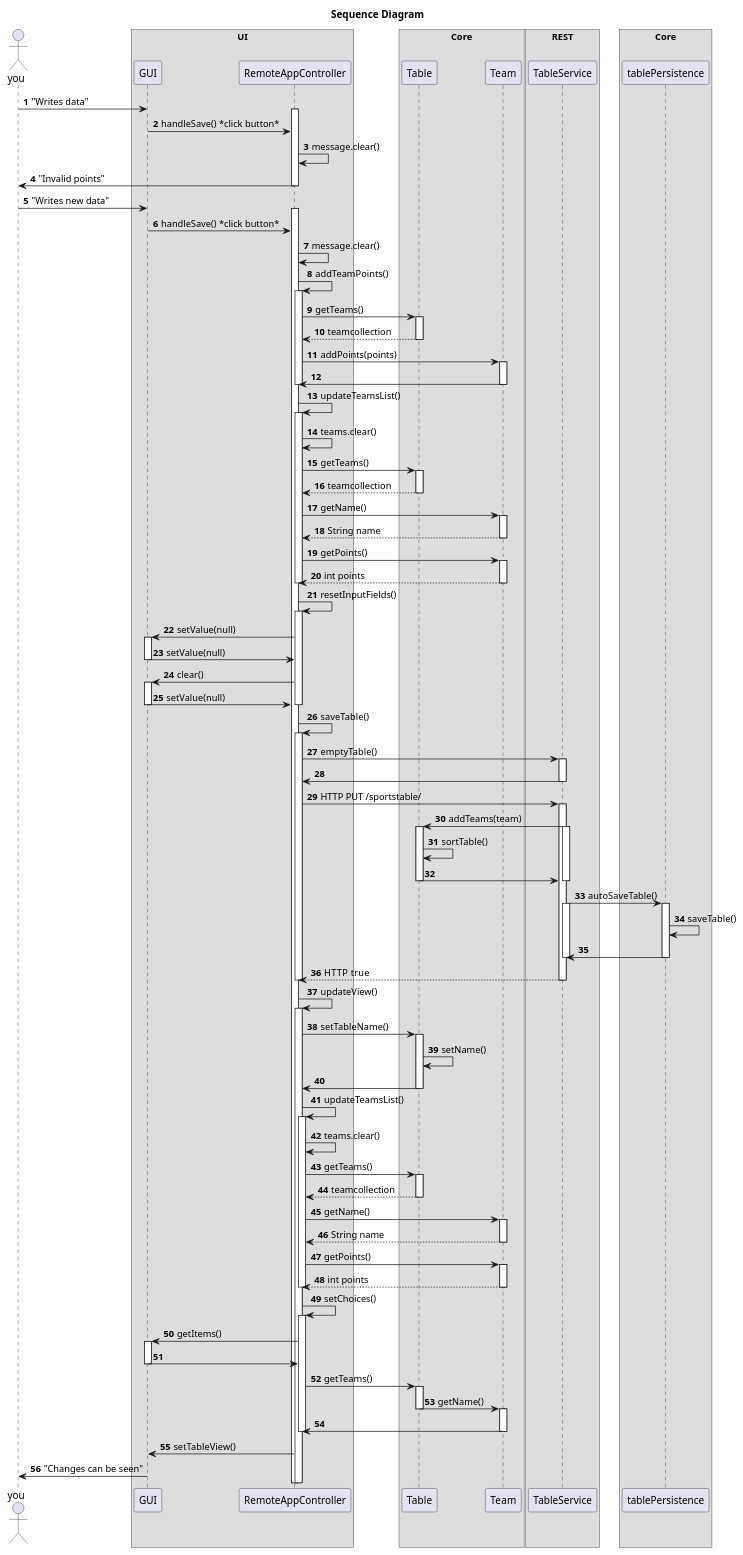
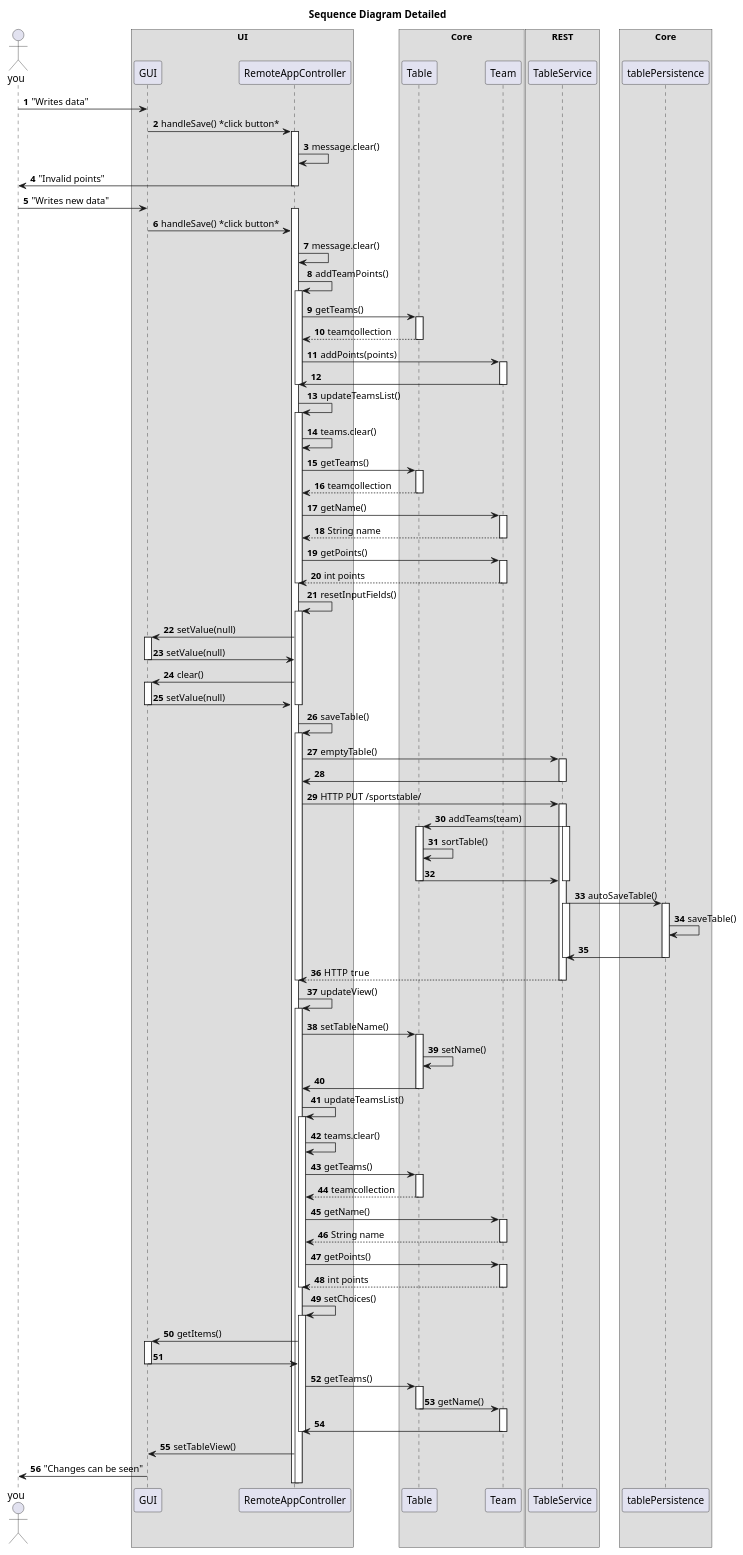
The diagram in SportsTable/docs/Diagrams/SequenceDiagram.puml (piaasbjornsen/InfProj), drawn with PlantUML before and after one commit. The commit also changed 3 other files, not shown here.

```diff
--- a/SportsTable/docs/Diagrams/SequenceDiagram.puml
+++ b/SportsTable/docs/Diagrams/SequenceDiagram.puml
@@ -1,156 +1,156 @@
 @startuml
-title Sequence Diagram
+title Sequence Diagram Detailed
 autonumber
 Actor you
 
 box "UI"
 you -> GUI : "Writes data"
+GUI -> RemoteAppController : handleSave() *click button*
 activate RemoteAppController
-GUI -> RemoteAppController : handleSave() *click button*
 
 RemoteAppController -> RemoteAppController : message.clear()
 RemoteAppController -> you : "Invalid points"
 deactivate RemoteAppController
 
 you -> GUI : "Writes new data"
 activate RemoteAppController
 GUI -> RemoteAppController : handleSave() *click button*
 
 RemoteAppController -> RemoteAppController : message.clear()
 RemoteAppController -> RemoteAppController : addTeamPoints()
 activate RemoteAppController
 end box
 
 box Core
 RemoteAppController -> Table : getTeams()
 activate Table
 
 Table --> RemoteAppController : teamcollection
 deactivate Table
 RemoteAppController -> Team : addPoints(points)
 activate Team
 Team -> RemoteAppController
 deactivate Team
 deactivate RemoteAppController
 
 
 RemoteAppController -> RemoteAppController : updateTeamsList()
 activate RemoteAppController
 RemoteAppController -> RemoteAppController : teams.clear()
 RemoteAppController -> Table : getTeams()
 activate Table
 Table --> RemoteAppController : teamcollection
 deactivate Table
 
 RemoteAppController -> Team : getName()
 activate Team
 Team --> RemoteAppController : String name
 deactivate Team
 
 
 RemoteAppController -> Team : getPoints()
 activate Team
 Team --> RemoteAppController : int points
 deactivate Team
 deactivate RemoteAppController
 
 RemoteAppController -> RemoteAppController : resetInputFields()
 activate RemoteAppController
 RemoteAppController -> GUI : setValue(null)
 activate GUI
 GUI -> RemoteAppController : setValue(null)
 deactivate GUI
 RemoteAppController -> GUI : clear()
 activate GUI
 GUI -> RemoteAppController : setValue(null)
 deactivate GUI
 deactivate RemoteAppController
 
 
 
 
 RemoteAppController -> RemoteAppController : saveTable()
 activate RemoteAppController
 
 end box
 
 box REST
 RemoteAppController -> TableService : emptyTable()
 activate TableService
 TableService -> RemoteAppController
 ' PÅ LINJEN OVER KAN VI HA DOTTER DERSOM EMPTYTABLE() METODEN I REMOTEAPPCONTROLLER SENDER NOE TILBAKE TIL RAK ETTER Å HA SENDT REQUEST TIL REST
 deactivate TableService
 RemoteAppController -> TableService : HTTP PUT /sportstable/
 activate TableService
 
 TableService -> Table : addTeams(team)
 activate TableService
 activate Table
 Table -> Table : sortTable()
 Table -> TableService
 deactivate Table
 deactivate TableService
 end box
 box Core
 TableService -> tablePersistence : autoSaveTable()
 activate TableService
 
 
 activate tablePersistence
 tablePersistence -> tablePersistence : saveTable()
 
 tablePersistence -> TableService
 deactivate tablePersistence
 deactivate TableService
 TableService --> RemoteAppController: HTTP  true
 deactivate TableService
 deactivate RemoteAppController
 
 RemoteAppController -> RemoteAppController : updateView()
 activate RemoteAppController
 RemoteAppController -> Table : setTableName()
 activate Table
 Table -> Table : setName()
 Table -> RemoteAppController
 deactivate Table
 
 RemoteAppController -> RemoteAppController : updateTeamsList()
 activate RemoteAppController
 RemoteAppController -> RemoteAppController : teams.clear()
 RemoteAppController -> Table : getTeams()
 activate Table
 Table --> RemoteAppController : teamcollection
 deactivate Table
 
 RemoteAppController -> Team : getName()
 activate Team
 Team --> RemoteAppController : String name
 deactivate Team
 
 
 RemoteAppController -> Team : getPoints()
 activate Team
 Team --> RemoteAppController : int points
 deactivate RemoteAppController
 deactivate Team
 RemoteAppController -> RemoteAppController : setChoices()
 activate RemoteAppController
 
 RemoteAppController -> GUI : getItems()
 activate GUI
 GUI -> RemoteAppController
 deactivate GUI
 RemoteAppController -> Table : getTeams()
 activate Table
 Table -> Team : getName()
 deactivate Table
 activate Team
 Team -> RemoteAppController
 deactivate RemoteAppController
 deactivate Team
 
 RemoteAppController -> GUI : setTableView()
 
 GUI -> you : "Changes can be seen"
 
 @enduml
```
